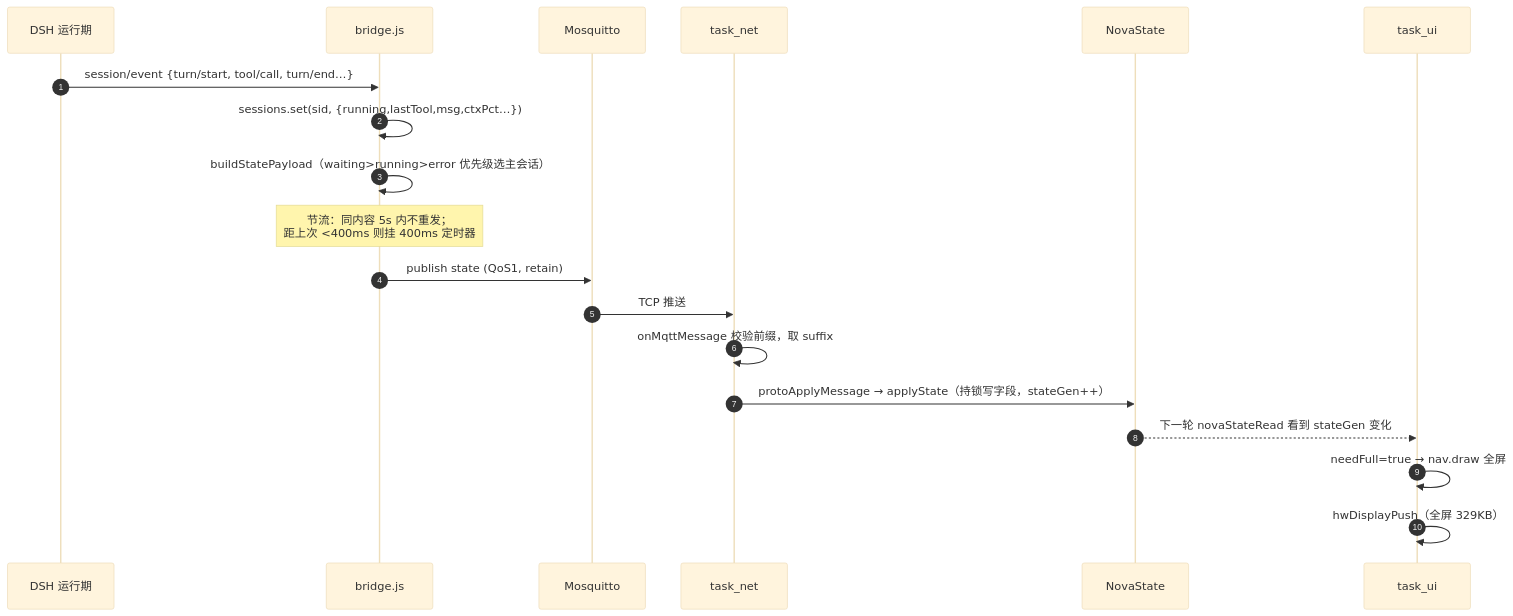
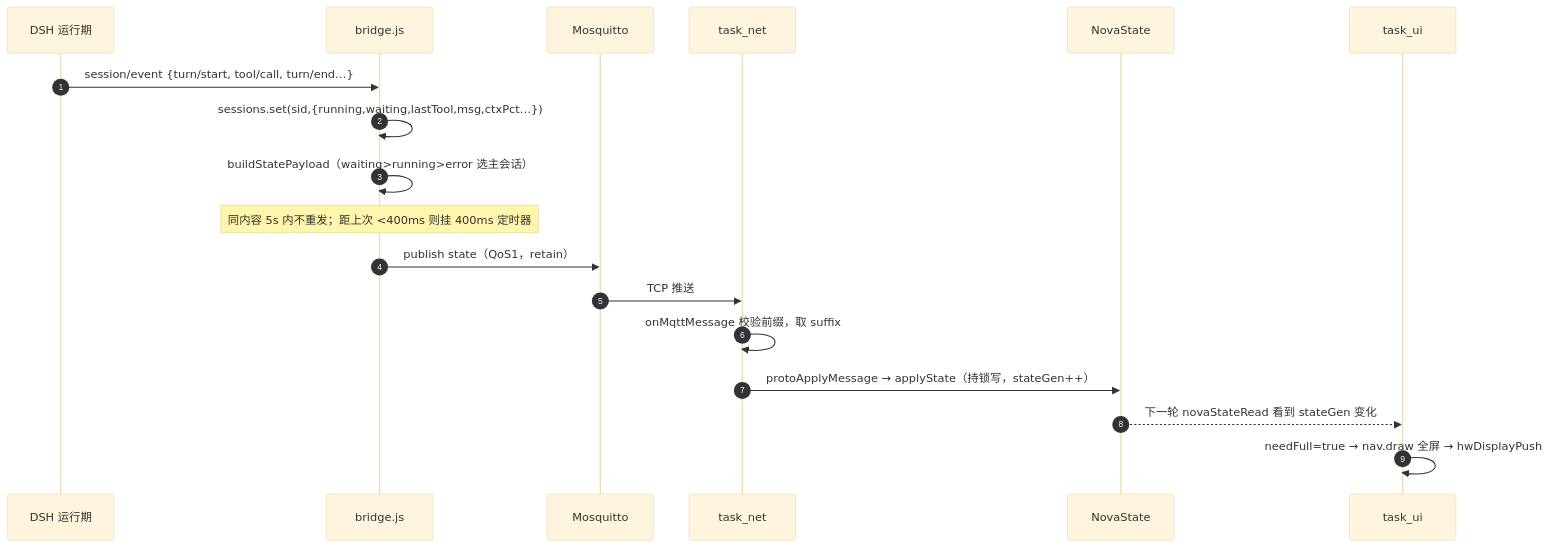
Before and after one commit to JAYcodr/whale-buddy-esp32: the third of 11 diagrams in docs/ARCHITECTURE.md, drawn with Mermaid (base theme). The commit also changed other lines of this file and 26 other files, not shown here.

````diff
--- a/docs/ARCHITECTURE.md
+++ b/docs/ARCHITECTURE.md
@@ -294,22 +249,21 @@
 ```mermaid
 sequenceDiagram
     autonumber
     participant DSH as DSH 运行期
     participant BR as bridge.js
     participant BRK as Mosquitto
     participant NET as task_net
     participant ST as NovaState
     participant UI as task_ui
 
     DSH->>BR: session/event {turn/start, tool/call, turn/end…}
-    BR->>BR: sessions.set(sid, {running,lastTool,msg,ctxPct…})
-    BR->>BR: buildStatePayload（waiting>running>error 优先级选主会话）
-    Note over BR: 节流：同内容 5s 内不重发；<br/>距上次 <400ms 则挂 400ms 定时器
-    BR->>BRK: publish state (QoS1, retain)
+    BR->>BR: sessions.set(sid,{running,waiting,lastTool,msg,ctxPct…})
+    BR->>BR: buildStatePayload（waiting>running>error 选主会话）
+    Note over BR: 同内容 5s 内不重发；距上次 <400ms 则挂 400ms 定时器
+    BR->>BRK: publish state（QoS1，retain）
     BRK->>NET: TCP 推送
     NET->>NET: onMqttMessage 校验前缀，取 suffix
-    NET->>ST: protoApplyMessage → applyState（持锁写字段，stateGen++）
+    NET->>ST: protoApplyMessage → applyState（持锁写，stateGen++）
     ST-->>UI: 下一轮 novaStateRead 看到 stateGen 变化
-    UI->>UI: needFull=true → nav.draw 全屏
-    UI->>UI: hwDisplayPush（全屏 329KB）
+    UI->>UI: needFull=true → nav.draw 全屏 → hwDisplayPush
 ```
````
